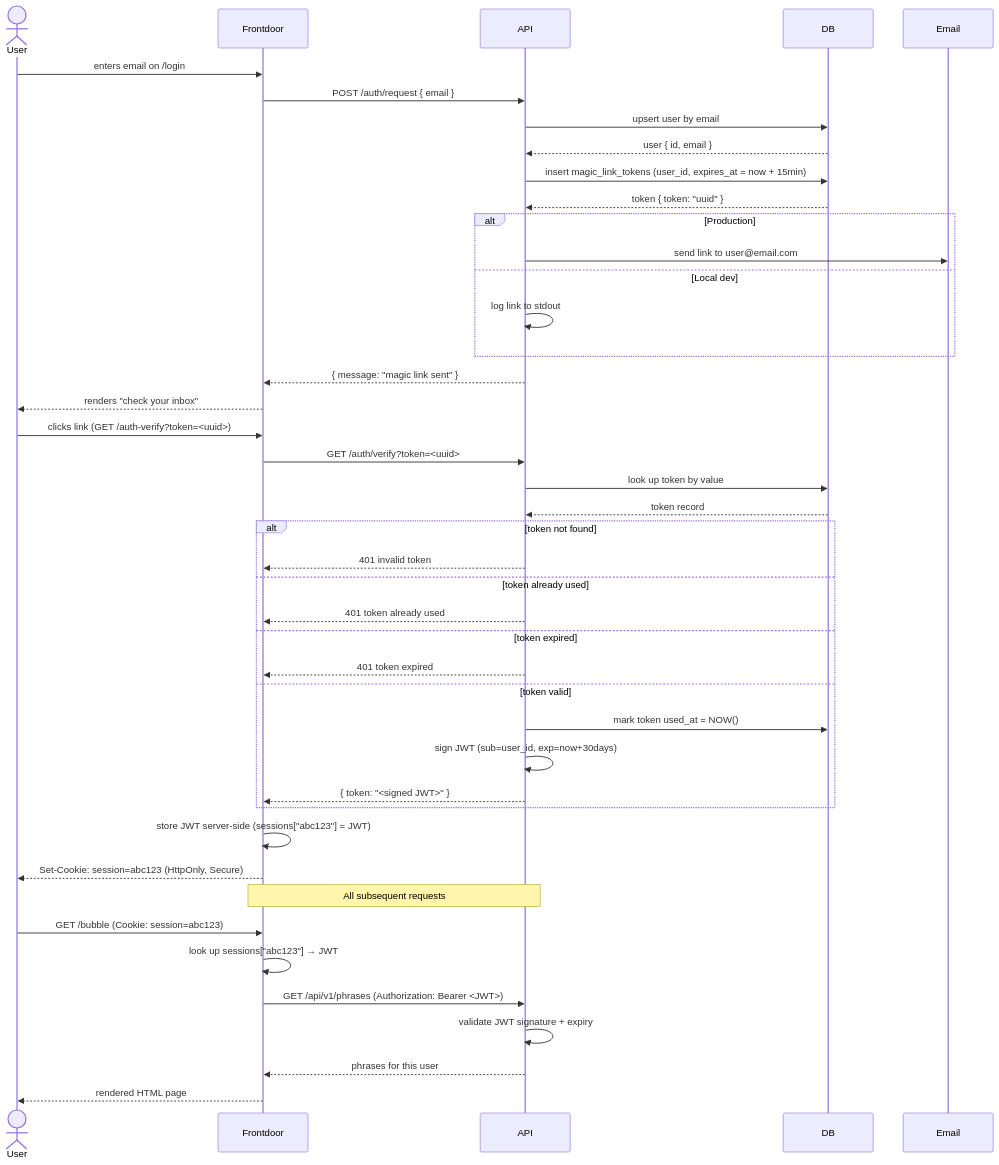
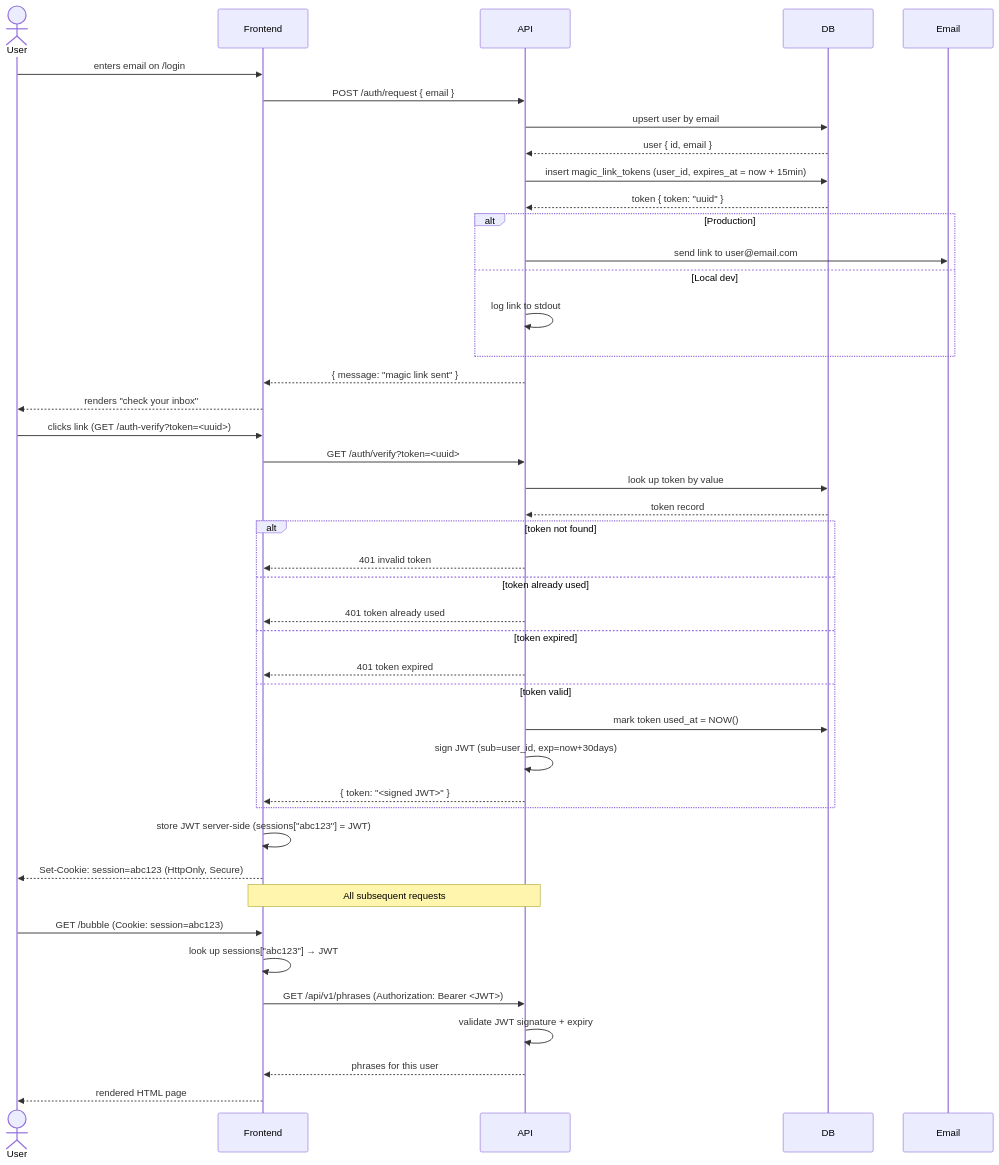
Before and after one commit to andreistefanciprian/phrasely: the diagram in docs/auth-magic-link.md, drawn with Mermaid. The commit also changed other lines of this file and 52 other files, not shown here.

First line of the commit message:
refactor: rename frontdoor/ to frontend/; remove old nginx frontend

````diff
--- a/docs/auth-magic-link.md
+++ b/docs/auth-magic-link.md
@@ -5,54 +5,54 @@
 ```mermaid
 sequenceDiagram
     actor User
-    participant Frontdoor
+    participant Frontend
     participant API
     participant DB
     participant Email
 
-    User->>Frontdoor: enters email on /login
-    Frontdoor->>API: POST /auth/request { email }
+    User->>Frontend: enters email on /login
+    Frontend->>API: POST /auth/request { email }
     API->>DB: upsert user by email
     DB-->>API: user { id, email }
     API->>DB: insert magic_link_tokens (user_id, expires_at = now + 15min)
     DB-->>API: token { token: "uuid" }
 
     alt Production
         API->>Email: send link to user@email.com
     else Local dev
         API->>API: log link to stdout
     end
 
-    API-->>Frontdoor: { message: "magic link sent" }
-    Frontdoor-->>User: renders "check your inbox"
+    API-->>Frontend: { message: "magic link sent" }
+    Frontend-->>User: renders "check your inbox"
 
-    User->>Frontdoor: clicks link (GET /auth-verify?token=<uuid>)
-    Frontdoor->>API: GET /auth/verify?token=<uuid>
+    User->>Frontend: clicks link (GET /auth-verify?token=<uuid>)
+    Frontend->>API: GET /auth/verify?token=<uuid>
 
     API->>DB: look up token by value
     DB-->>API: token record
 
     alt token not found
-        API-->>Frontdoor: 401 invalid token
+        API-->>Frontend: 401 invalid token
     else token already used
-        API-->>Frontdoor: 401 token already used
+        API-->>Frontend: 401 token already used
     else token expired
-        API-->>Frontdoor: 401 token expired
+        API-->>Frontend: 401 token expired
     else token valid
         API->>DB: mark token used_at = NOW()
         API->>API: sign JWT (sub=user_id, exp=now+30days)
-        API-->>Frontdoor: { token: "<signed JWT>" }
+        API-->>Frontend: { token: "<signed JWT>" }
     end
 
-    Frontdoor->>Frontdoor: store JWT server-side (sessions["abc123"] = JWT)
-    Frontdoor-->>User: Set-Cookie: session=abc123 (HttpOnly, Secure)
+    Frontend->>Frontend: store JWT server-side (sessions["abc123"] = JWT)
+    Frontend-->>User: Set-Cookie: session=abc123 (HttpOnly, Secure)
 
-    Note over Frontdoor,API: All subsequent requests
+    Note over Frontend,API: All subsequent requests
 
-    User->>Frontdoor: GET /bubble (Cookie: session=abc123)
-    Frontdoor->>Frontdoor: look up sessions["abc123"] → JWT
-    Frontdoor->>API: GET /api/v1/phrases (Authorization: Bearer <JWT>)
+    User->>Frontend: GET /bubble (Cookie: session=abc123)
+    Frontend->>Frontend: look up sessions["abc123"] → JWT
+    Frontend->>API: GET /api/v1/phrases (Authorization: Bearer <JWT>)
     API->>API: validate JWT signature + expiry
-    API-->>Frontdoor: phrases for this user
-    Frontdoor-->>User: rendered HTML page
+    API-->>Frontend: phrases for this user
+    Frontend-->>User: rendered HTML page
 ```
````
